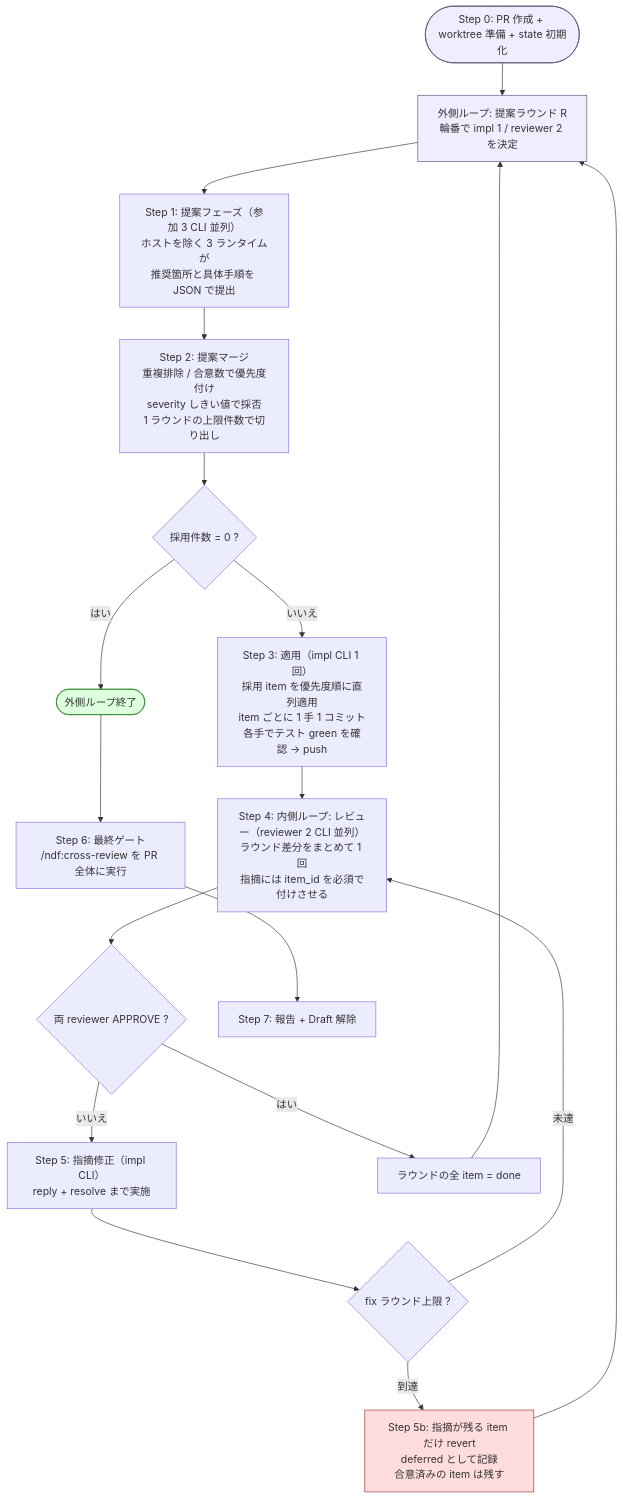
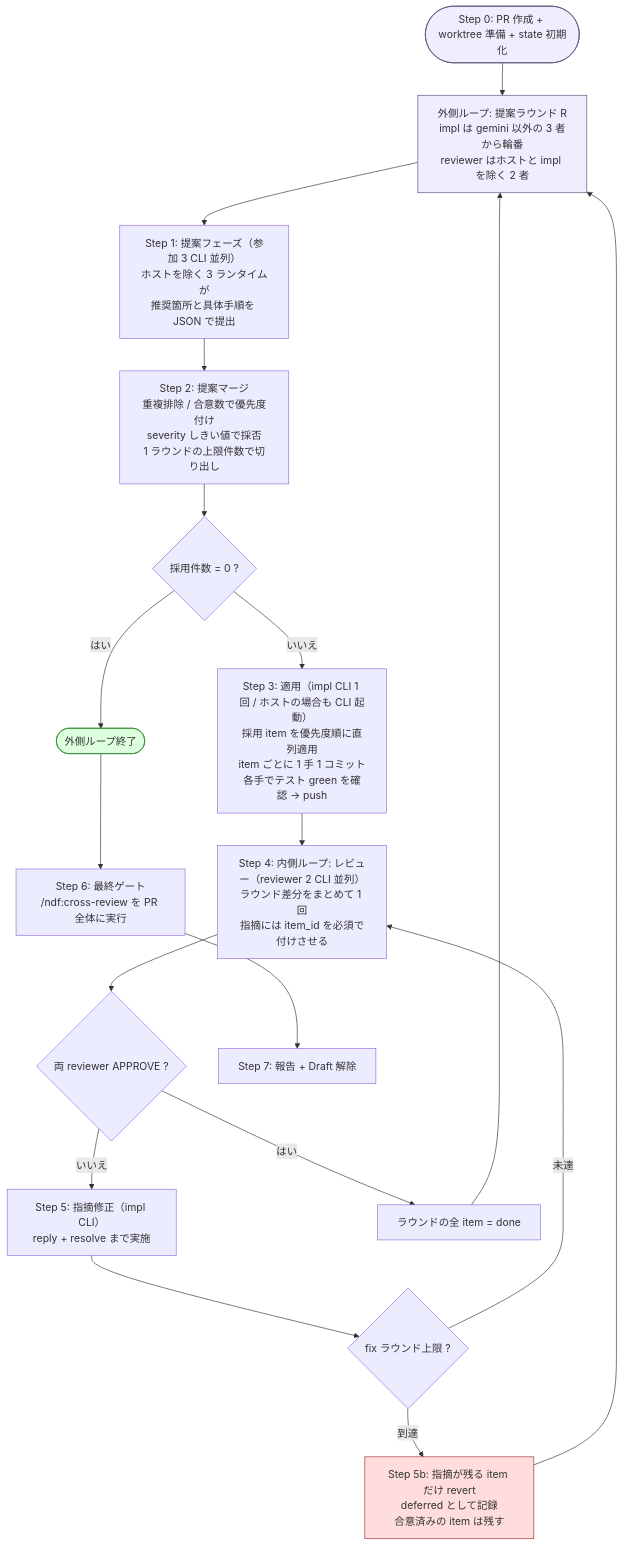
One commit to devbasex/ai-plugins changed the diagram in issues/issue-113-cross-refactoring-loop.md. Above: the diagram before and after it, drawn with Mermaid. The commit also changed other lines of this file and 1 other file, not shown here.

First line of the commit message:
Update: 実装の母集合をホスト込み・gemini 抜きに変更

````diff
--- a/issues/issue-113-cross-refactoring-loop.md
+++ b/issues/issue-113-cross-refactoring-loop.md
@@ -62,29 +76,29 @@
 ```mermaid
 flowchart TD
     Init([Step 0: PR 作成 + worktree 準備 + state 初期化]):::phase --> Outer
 
-    Outer["外側ループ: 提案ラウンド R<br/>輪番で impl 1 / reviewer 2 を決定"]:::phase --> Propose
+    Outer["外側ループ: 提案ラウンド R<br/>impl は gemini 以外の 3 者から輪番<br/>reviewer はホストと impl を除く 2 者"]:::phase --> Propose
     Propose["Step 1: 提案フェーズ（参加 3 CLI 並列）<br/>ホストを除く 3 ランタイムが<br/>推奨箇所と具体手順を JSON で提出"]
     Propose --> Merge["Step 2: 提案マージ<br/>重複排除 / 合意数で優先度付け<br/>severity しきい値で採否<br/>1 ラウンドの上限件数で切り出し"]
     Merge --> Empty{"採用件数 = 0 ?"}
     Empty -->|はい| Final([外側ループ終了]):::ok
     Empty -->|いいえ| Apply
 
-    Apply["Step 3: 適用（impl CLI 1 回）<br/>採用 item を優先度順に直列適用<br/>item ごとに 1 手 1 コミット<br/>各手でテスト green を確認 → push"]
+    Apply["Step 3: 適用（impl CLI 1 回 / ホストの場合も CLI 起動）<br/>採用 item を優先度順に直列適用<br/>item ごとに 1 手 1 コミット<br/>各手でテスト green を確認 → push"]
     Apply --> Review["Step 4: 内側ループ: レビュー（reviewer 2 CLI 並列）<br/>ラウンド差分をまとめて 1 回<br/>指摘には item_id を必須で付けさせる"]
     Review --> Judge{"両 reviewer APPROVE ?"}
     Judge -->|いいえ| Fix["Step 5: 指摘修正（impl CLI）<br/>reply + resolve まで実施"]
     Fix --> FixCap{"fix ラウンド上限 ?"}
     FixCap -->|未達| Review
     FixCap -->|到達| Abandon["Step 5b: 指摘が残る item だけ revert<br/>deferred として記録<br/>合意済みの item は残す"]:::stop
     Judge -->|はい| Done["ラウンドの全 item = done"]
     Abandon --> Outer
     Done --> Outer
 
     Final --> Gate["Step 6: 最終ゲート<br/>/ndf:cross-review を PR 全体に実行"]
     Gate --> Report["Step 7: 報告 + Draft 解除"]
 
     classDef phase fill:#eef,stroke:#557
     classDef ok fill:#dfd,stroke:#383
     classDef stop fill:#fdd,stroke:#933
 ```
````
